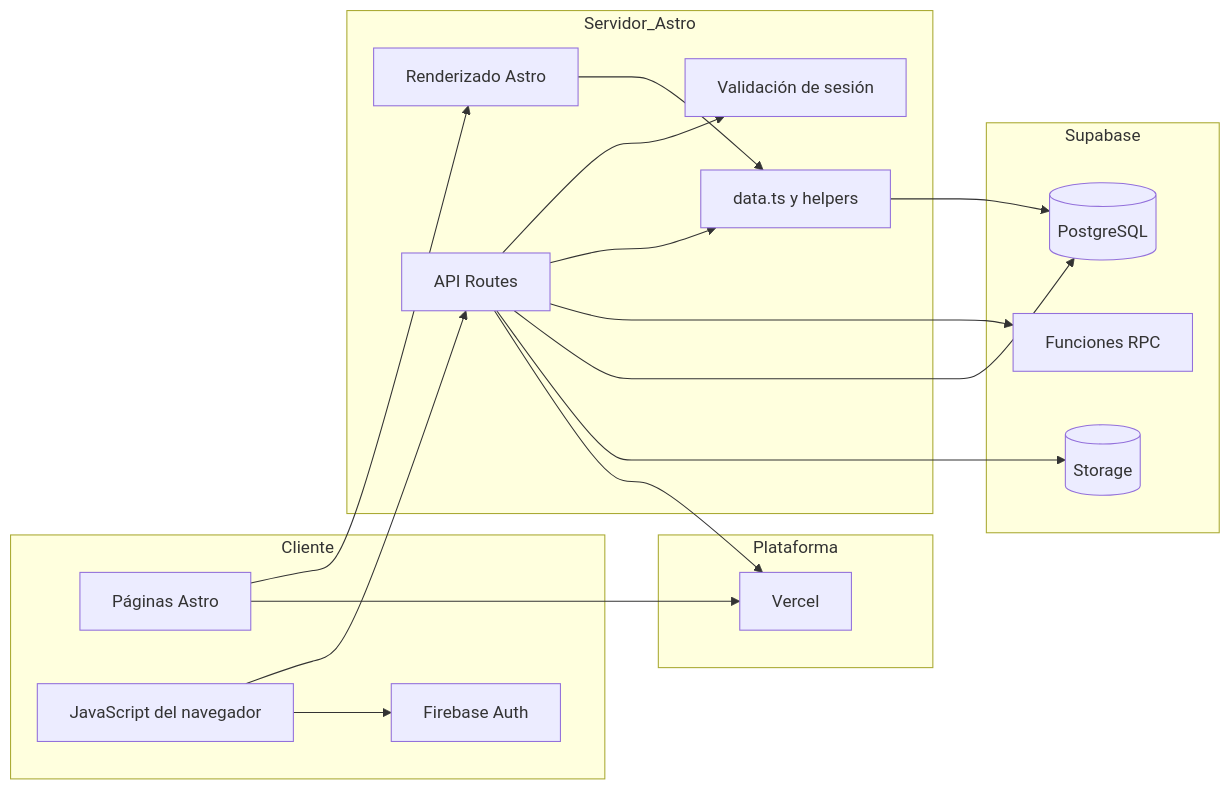
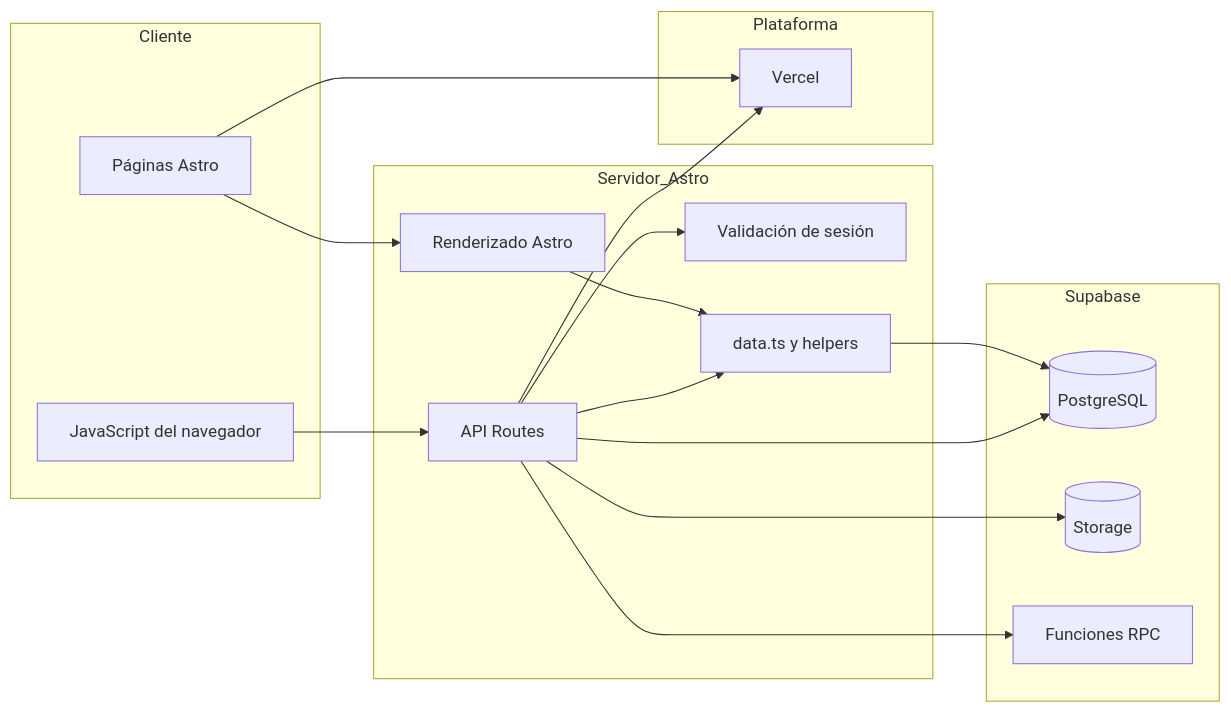
The first of 7 diagrams in docs/arquitectura.md (ccUnicode/TrikaWeb), drawn with Mermaid before and after one commit. The commit also changed other lines of this file and 7 other files, not shown here.

````diff
--- a/docs/arquitectura.md
+++ b/docs/arquitectura.md
@@ -254,38 +254,36 @@
 ```mermaid
 flowchart LR
     subgraph Cliente
         PAGE[Páginas Astro]
         CLIENT_JS[JavaScript del navegador]
-        FIREBASE[Firebase Auth]
     end
 
     subgraph Servidor_Astro
         SSR[Renderizado Astro]
         API[API Routes]
         AUTH[Validación de sesión]
         DATA[data.ts y helpers]
     end
 
     subgraph Supabase
         DB[(PostgreSQL)]
         STORAGE[(Storage)]
         RPC[Funciones RPC]
     end
 
     subgraph Plataforma
         VERCEL[Vercel]
     end
 
     PAGE --> SSR
     CLIENT_JS --> API
-    CLIENT_JS --> FIREBASE
     SSR --> DATA
     API --> AUTH
     API --> DATA
     API --> RPC
     DATA --> DB
     API --> DB
     API --> STORAGE
     PAGE --> VERCEL
     API --> VERCEL
 ```
````
